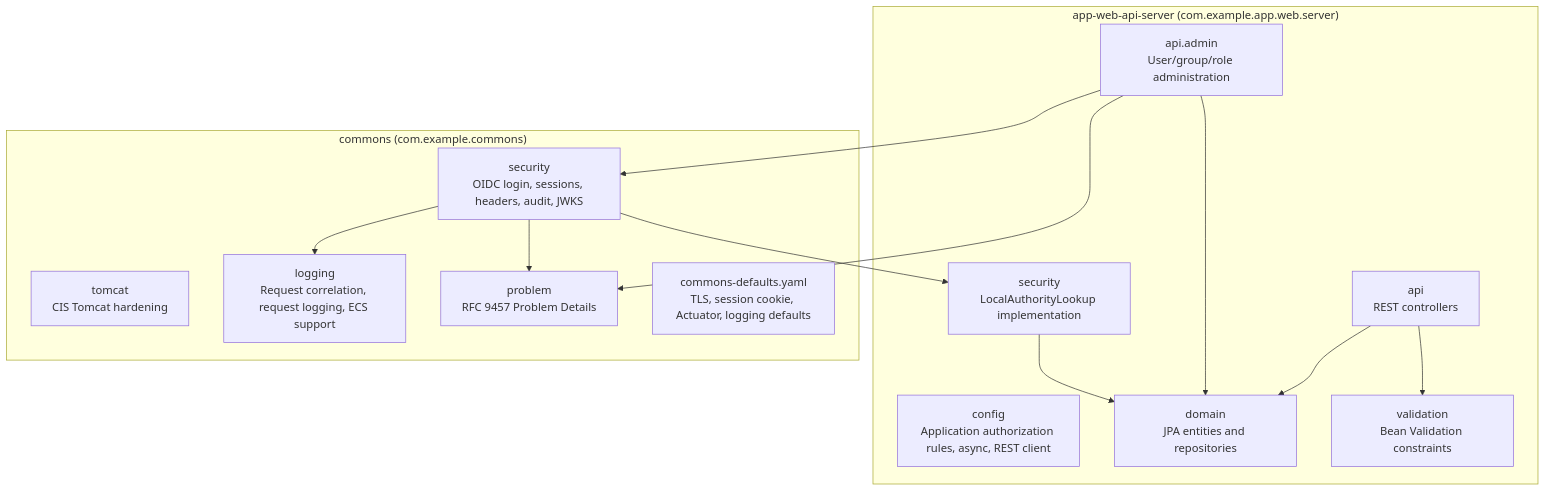
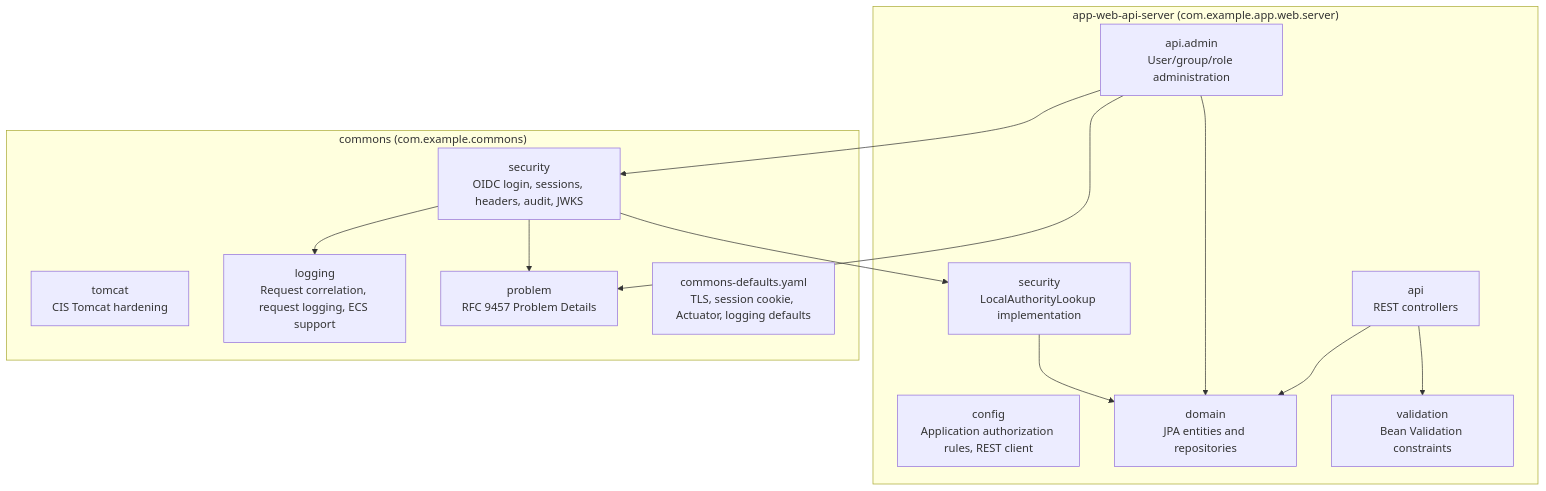
Before and after one commit to justin-tay/java-app-web-api-server-template: the first of 4 diagrams in docs/system-design/05-building-block-view.md, drawn with Mermaid. The commit also changed other lines of this file and 13 other files, not shown here.

````diff
--- a/docs/system-design/05-building-block-view.md
+++ b/docs/system-design/05-building-block-view.md
@@ -6,27 +6,27 @@
 ```mermaid
 flowchart TB
     subgraph app ["app-web-api-server (com.example.app.web.server)"]
         api["api\nREST controllers"]
         admin["api.admin\nUser/group/role administration"]
-        config["config\nApplication authorization rules, async, REST client"]
+        config["config\nApplication authorization rules, REST client"]
         domain["domain\nJPA entities and repositories"]
         lookup["security\nLocalAuthorityLookup implementation"]
         validation["validation\nBean Validation constraints"]
     end
     subgraph commons ["commons (com.example.commons)"]
         websecurity["security\nOIDC login, sessions, headers, audit, JWKS"]
         tomcat["tomcat\nCIS Tomcat hardening"]
         logging["logging\nRequest correlation, request logging, ECS support"]
         problem["problem\nRFC 9457 Problem Details"]
         defaults["commons-defaults.yaml\nTLS, session cookie, Actuator, logging defaults"]
     end
     api --> domain
     admin --> domain
     admin --> problem
     admin --> websecurity
     lookup --> domain
     websecurity --> lookup
     websecurity --> logging
     websecurity --> problem
     api --> validation
 ```
````
